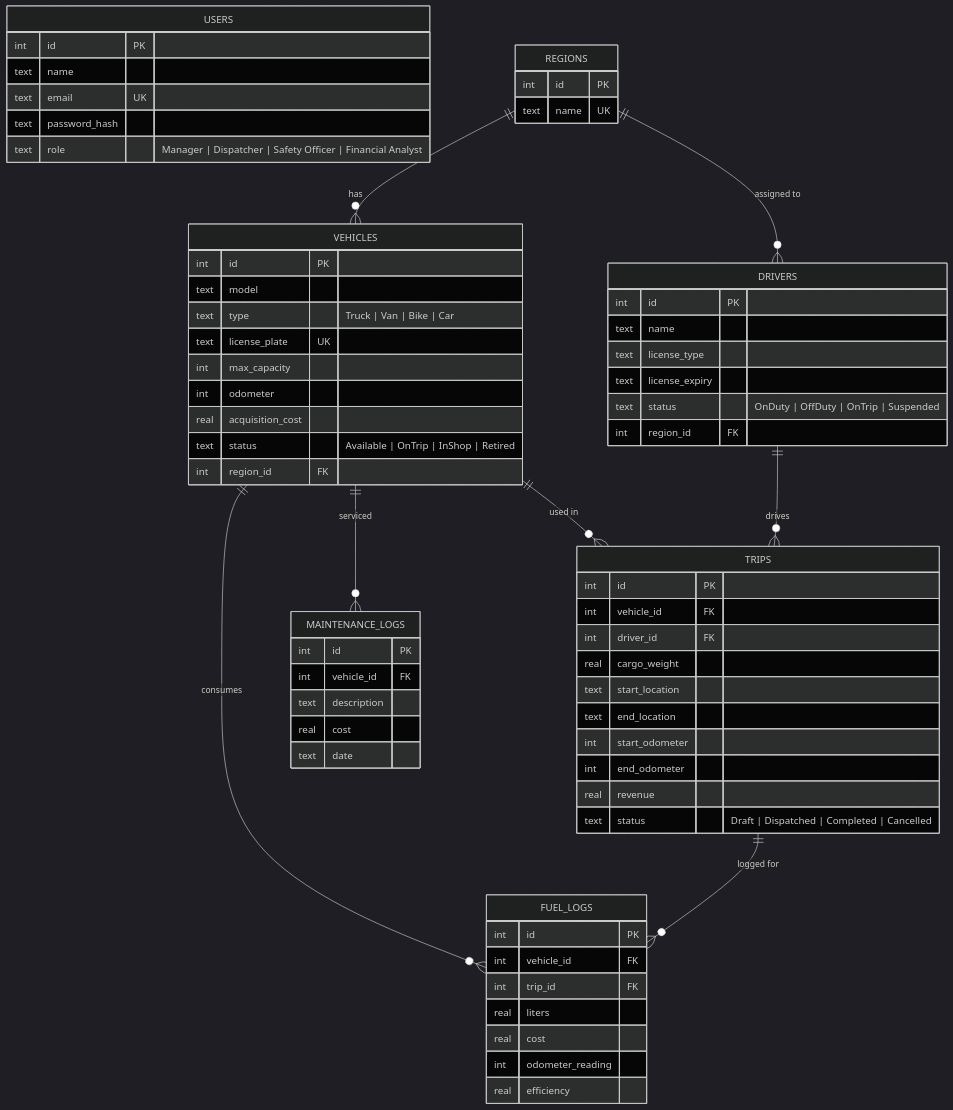
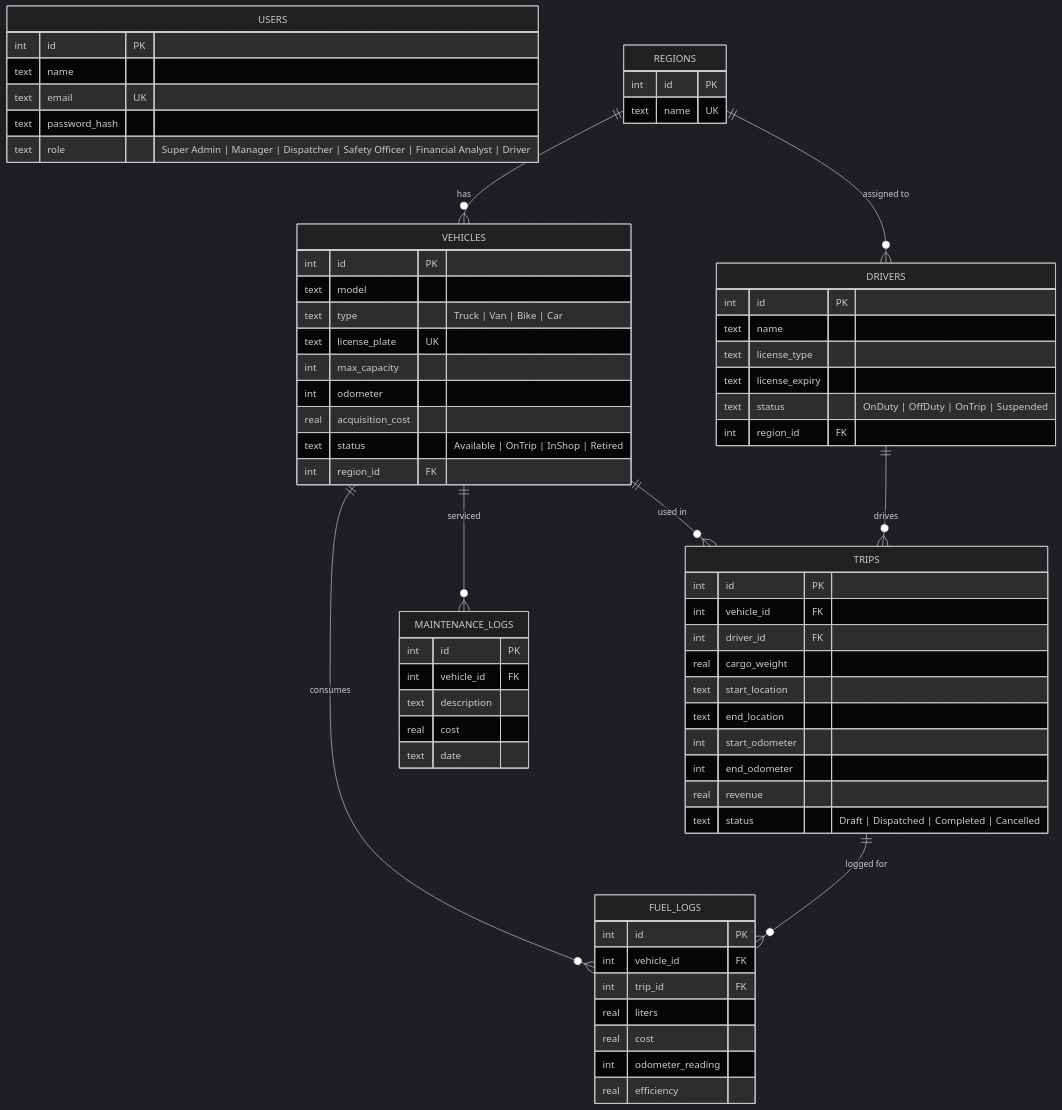
Before and after one commit to Guneshbari/FleetFlow-Modular-Fleet-Logistics-Management-System: the second of 5 diagrams in README.md, drawn with Mermaid (dark theme). The commit also changed other lines of this file and 25 other files, not shown here.

````diff
--- a/README.md
+++ b/README.md
@@ -118,75 +129,75 @@
 ```mermaid
 erDiagram
     USERS {
         int id PK
         text name
         text email UK
         text password_hash
-        text role "Manager | Dispatcher | Safety Officer | Financial Analyst"
+        text role "Super Admin | Manager | Dispatcher | Safety Officer | Financial Analyst | Driver"
     }
 
     REGIONS {
         int id PK
         text name UK
     }
 
     VEHICLES {
         int id PK
         text model
         text type "Truck | Van | Bike | Car"
         text license_plate UK
         int max_capacity
         int odometer
         real acquisition_cost
         text status "Available | OnTrip | InShop | Retired"
         int region_id FK
     }
 
     DRIVERS {
         int id PK
         text name
         text license_type
         text license_expiry
         text status "OnDuty | OffDuty | OnTrip | Suspended"
         int region_id FK
     }
 
     TRIPS {
         int id PK
         int vehicle_id FK
         int driver_id FK
         real cargo_weight
         text start_location
         text end_location
         int start_odometer
         int end_odometer
         real revenue
         text status "Draft | Dispatched | Completed | Cancelled"
     }
 
     FUEL_LOGS {
         int id PK
         int vehicle_id FK
         int trip_id FK
         real liters
         real cost
         int odometer_reading
         real efficiency
     }
 
     MAINTENANCE_LOGS {
         int id PK
         int vehicle_id FK
         text description
         real cost
         text date
     }
 
     REGIONS ||--o{ VEHICLES : "has"
     REGIONS ||--o{ DRIVERS : "assigned to"
     VEHICLES ||--o{ TRIPS : "used in"
     DRIVERS ||--o{ TRIPS : "drives"
     VEHICLES ||--o{ FUEL_LOGS : "consumes"
     VEHICLES ||--o{ MAINTENANCE_LOGS : "serviced"
     TRIPS ||--o{ FUEL_LOGS : "logged for"
 ```
````
